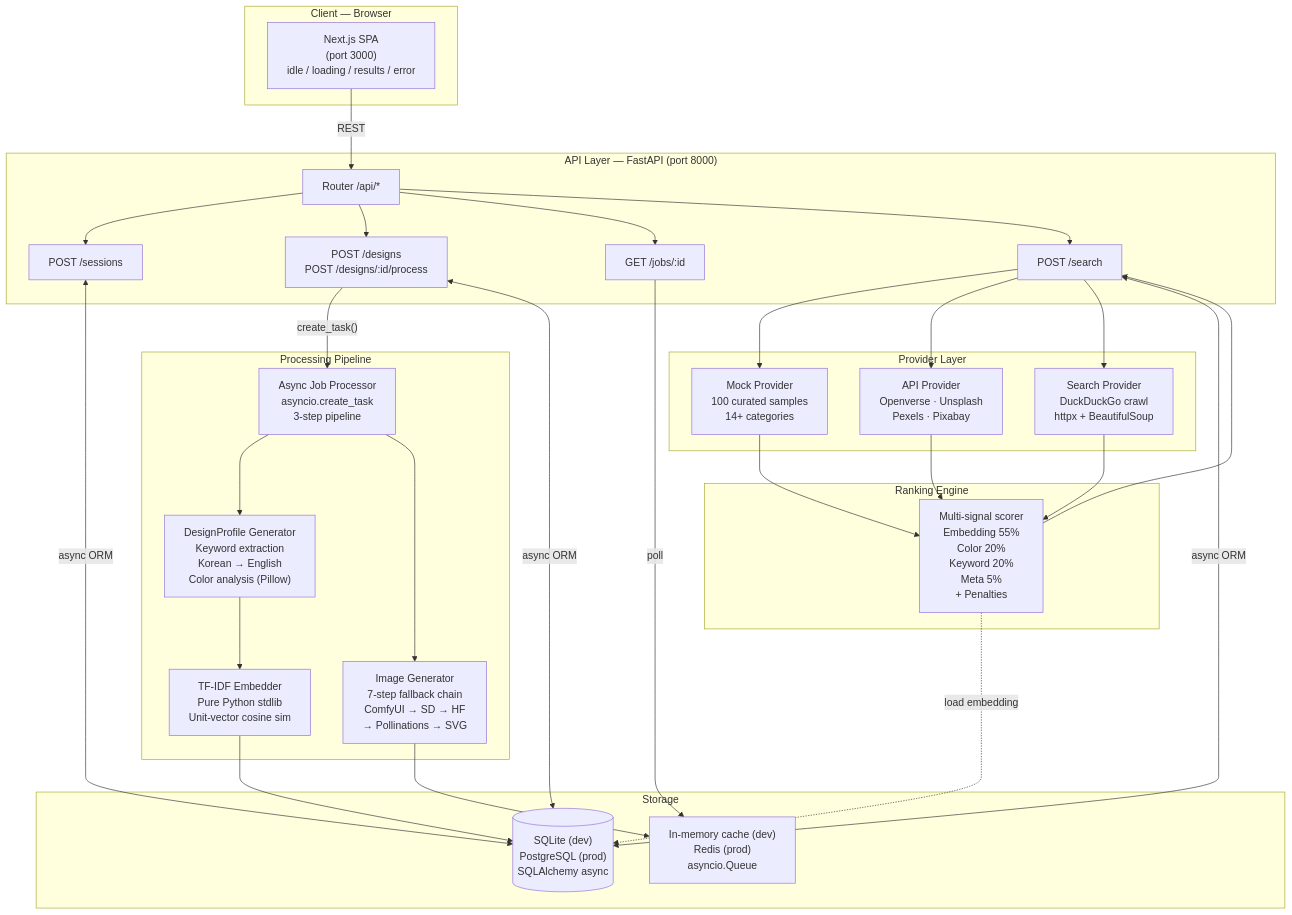
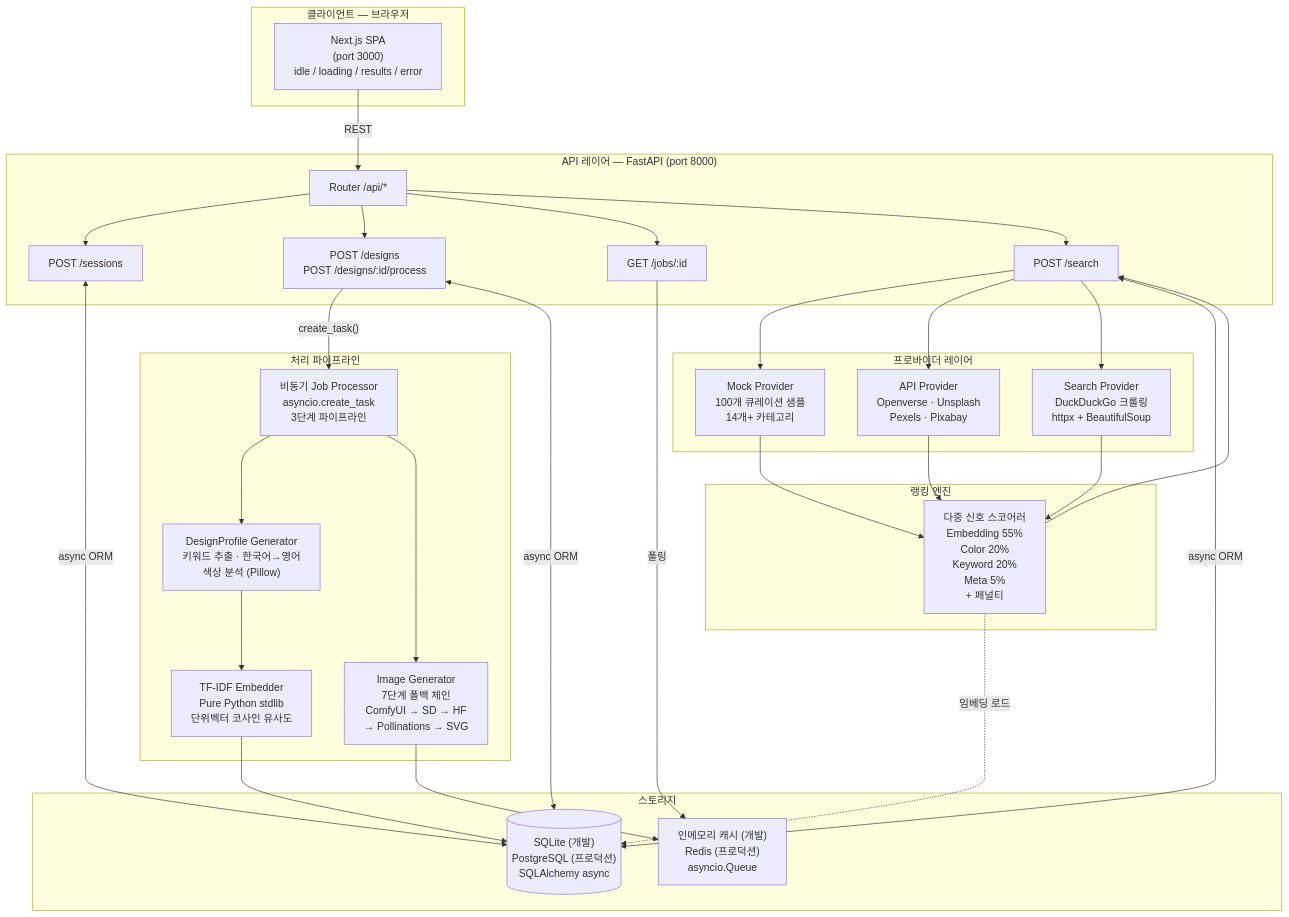
The first of 2 diagrams in README.md (devbinlog/FMD), drawn with Mermaid before and after one commit. The commit also changed other lines of this file, not shown here.

First line of the commit message:
docs: translate README to Korean (keep technical terms in English)

````diff
--- a/README.md
+++ b/README.md
@@ -44,47 +44,47 @@
 ```mermaid
 graph TD
-    subgraph Client["Client — Browser"]
+    subgraph Client["클라이언트 — 브라우저"]
         UI["Next.js SPA\n(port 3000)\nidle / loading / results / error"]
     end
 
-    subgraph APILayer["API Layer — FastAPI (port 8000)"]
+    subgraph APILayer["API 레이어 — FastAPI (port 8000)"]
         GW["Router  /api/*"]
         EP1["POST /sessions"]
         EP2["POST /designs\nPOST /designs/:id/process"]
         EP3["GET /jobs/:id"]
         EP4["POST /search"]
     end
 
-    subgraph Pipeline["Processing Pipeline"]
-        PG["DesignProfile Generator\nKeyword extraction\nKorean → English\nColor analysis (Pillow)"]
-        EM["TF-IDF Embedder\nPure Python stdlib\nUnit-vector cosine sim"]
-        IG["Image Generator\n7-step fallback chain\nComfyUI → SD → HF\n→ Pollinations → SVG"]
-        WK["Async Job Processor\nasyncio.create_task\n3-step pipeline"]
+    subgraph Pipeline["처리 파이프라인"]
+        PG["DesignProfile Generator\n키워드 추출 · 한국어→영어\n색상 분석 (Pillow)"]
+        EM["TF-IDF Embedder\nPure Python stdlib\n단위벡터 코사인 유사도"]
+        IG["Image Generator\n7단계 폴백 체인\nComfyUI → SD → HF\n→ Pollinations → SVG"]
+        WK["비동기 Job Processor\nasyncio.create_task\n3단계 파이프라인"]
     end
 
-    subgraph Providers["Provider Layer"]
-        PR1["Mock Provider\n100 curated samples\n14+ categories"]
+    subgraph Providers["프로바이더 레이어"]
+        PR1["Mock Provider\n100개 큐레이션 샘플\n14개+ 카테고리"]
         PR2["API Provider\nOpenverse · Unsplash\nPexels · Pixabay"]
-        PR3["Search Provider\nDuckDuckGo crawl\nhttpx + BeautifulSoup"]
+        PR3["Search Provider\nDuckDuckGo 크롤링\nhttpx + BeautifulSoup"]
     end
 
-    subgraph Ranking["Ranking Engine"]
-        RK["Multi-signal scorer\nEmbedding  55%\nColor       20%\nKeyword     20%\nMeta         5%\n+ Penalties"]
+    subgraph Ranking["랭킹 엔진"]
+        RK["다중 신호 스코어러\nEmbedding  55%\nColor       20%\nKeyword     20%\nMeta         5%\n+ 페널티"]
     end
 
-    subgraph Storage["Storage"]
-        DB[("SQLite (dev)\nPostgreSQL (prod)\nSQLAlchemy async")]
-        CH["In-memory cache (dev)\nRedis (prod)\nasyncio.Queue"]
+    subgraph Storage["스토리지"]
+        DB[("SQLite (개발)\nPostgreSQL (프로덕션)\nSQLAlchemy async")]
+        CH["인메모리 캐시 (개발)\nRedis (프로덕션)\nasyncio.Queue"]
     end
 
     UI -->|"REST"| GW
     GW --> EP1 & EP2 & EP3 & EP4
     EP2 -->|"create_task()"| WK
     WK --> PG --> EM --> DB
     WK --> IG --> CH
-    EP3 -->|"poll"| CH
+    EP3 -->|"폴링"| CH
     EP4 --> PR1 & PR2 & PR3
     PR1 & PR2 & PR3 --> RK --> EP4
-    RK -.->|"load embedding"| DB
+    RK -.->|"임베딩 로드"| DB
     EP1 & EP2 & EP4 <-->|"async ORM"| DB
 ```
````
